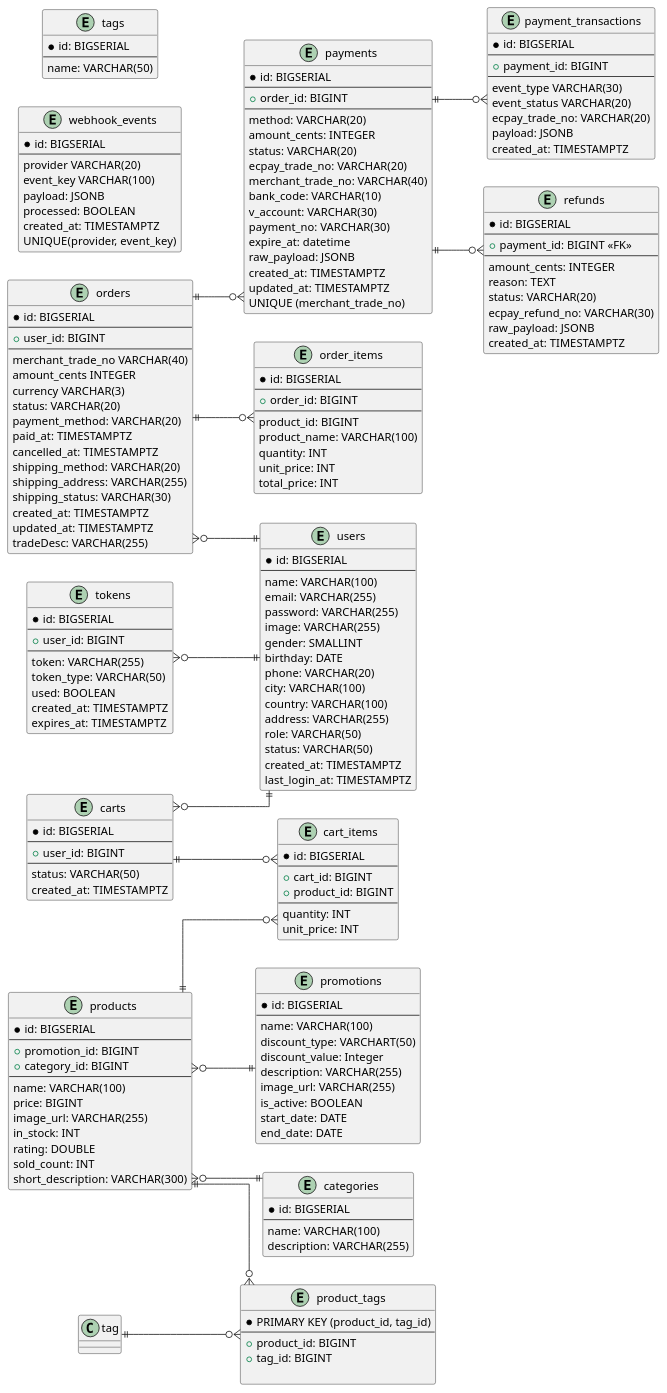
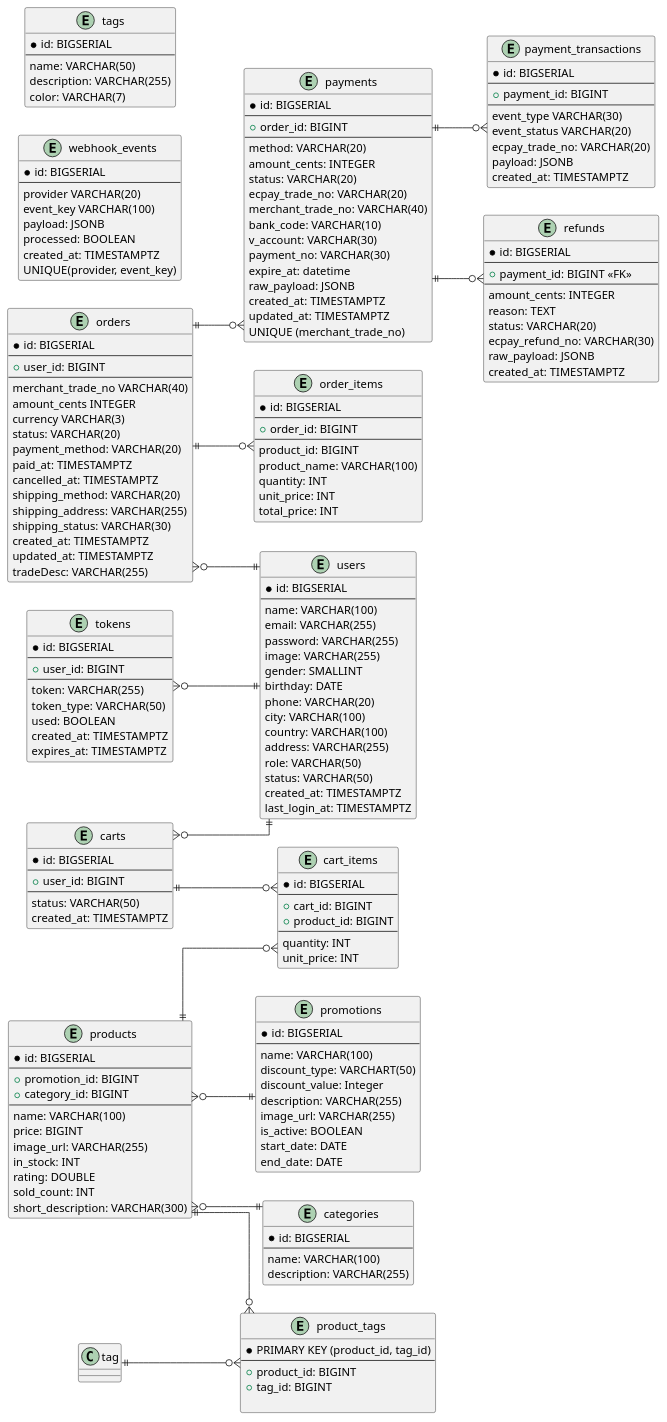
One commit to honeykokia/ecommerce-docs changed the diagram in docs/er-diagram.puml. Above: the diagram before and after it, drawn with PlantUML. The commit also changed 3 other files, not shown here.

```diff
--- a/docs/er-diagram.puml
+++ b/docs/er-diagram.puml
@@ -257,7 +257,11 @@
     ---
     name: VARCHAR(50)
     'NOT NULL
+    description: VARCHAR(255)
+    color: VARCHAR(7)
+    'NOT NULL , DEFAULT #FF5733
 }
+
 entity "product_tags" as product_tags {
     *PRIMARY KEY (product_id, tag_id)
     ---
```
